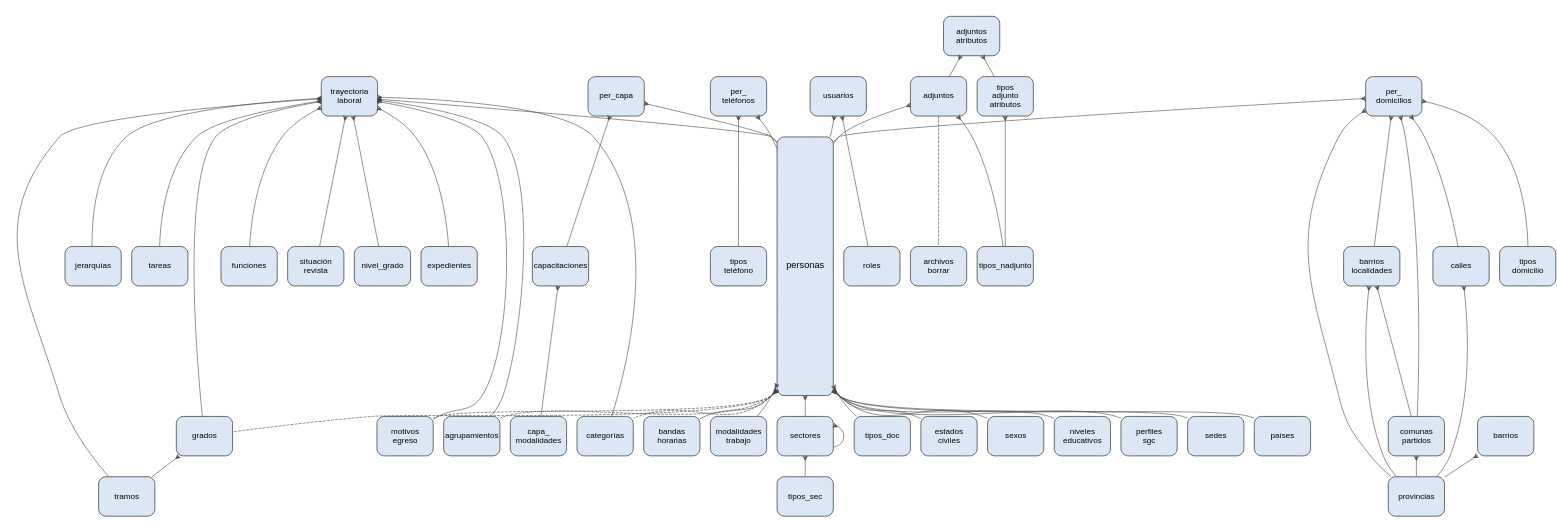
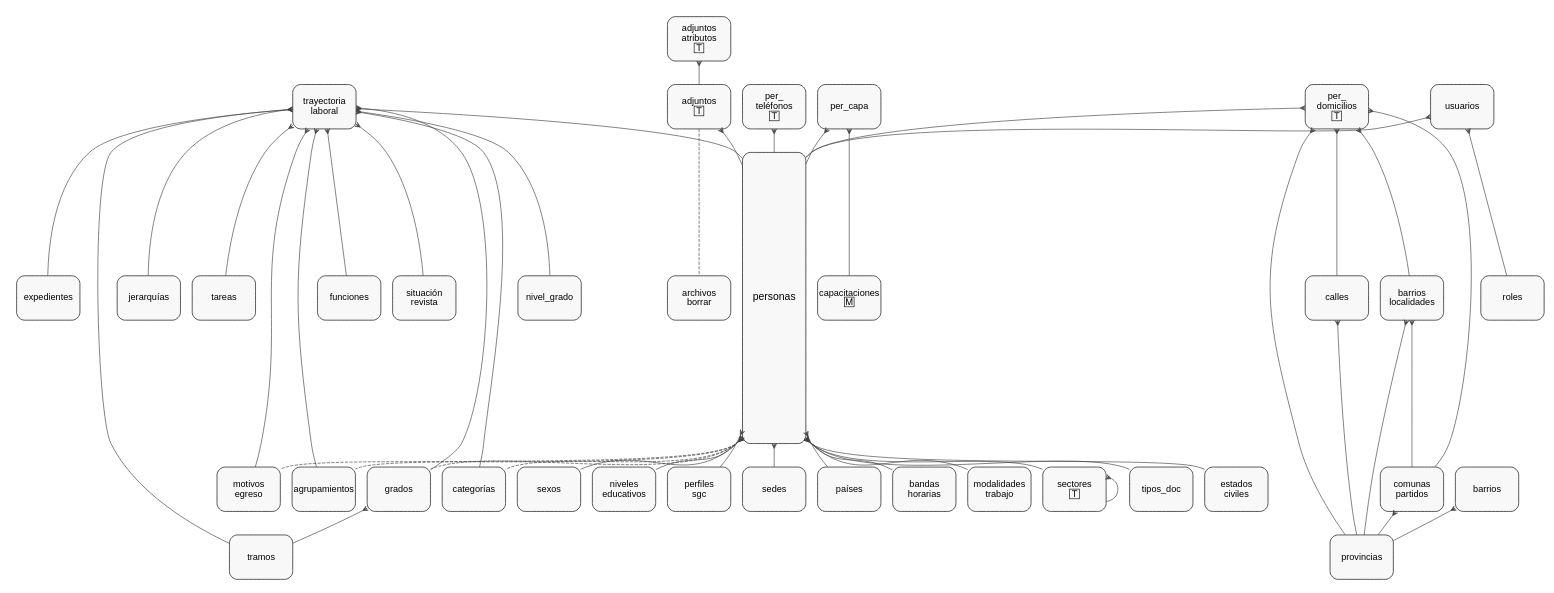
Before and after one commit to codenautas/siper: the diagram in docs/der-personas.dot, drawn with Graphviz. The commit also changed 3 other files, not shown here.

```diff
--- a/docs/der-personas.dot
+++ b/docs/der-personas.dot
@@ -1,110 +1,97 @@
 // DER de SiPer: datos de personas
 // Relaciones: foreignKeys (línea llena) y softForeignKeys (línea de rayas, dashed)
 // Pata de gallo del lado "muchos"; el lado "uno" sin marca.
 // Línea punteada fina (dotted): referencias transitivas (ej FK a año de una tabla que también referencia a fechas).
 // Generar: neato -Tpdf der-personas.dot -o der-personas.pdf   (o -Tsvg / -Tpng)
 
 digraph DER {
   graph [inputscale=0.5714, size="11.7,8.3", splines=true, sep="+4", fontname="Arial"];
-  node  [shape=box, style="rounded,filled", fillcolor="#dbe7f5", fontname="Arial", fontsize=14, width=1.35, height=0.95, fixedsize=true];
+  node  [shape=box, style="rounded,filled", fillcolor="#f8f8f8", fontname="Arial", fontsize=14, width=1.35, height=0.95, fixedsize=true];
   edge  [dir=both, arrowtail=crow, arrowhead=none, color="#444444", arrowsize=0.8];
 
   personas                [pos="5,-3.5!", height=6.20, fontsize=16];
 
   sexos                   [pos="3,-2!"];
-  adjuntos_atributos      [pos="2,-1!", label="adjuntos\natributos"];
-  tipos_adjunto_atributos [pos="1,-1!", label="tipos\nadjunto\natributos"];
-  adjuntos                [pos="2,-2!"];
-  tipos_adjunto           [pos="1,-2!", label="tipos_nadjunto"];
+  adjuntos_atributos      [pos="2,-1!", label="adjuntos\natributos\n🅃"];
+  adjuntos                [pos="2,-2!", label="adjuntos\n🅃"];
   archivos_borrar         [pos="3,-1!", label="archivos\nborrar"];
   niveles_educativos      [pos="4,-2!", label="niveles\neducativos"];
   jerarquias              [pos="6,-2!", label="jerarquías"];
   trayectoria_laboral     [pos="7,-2!", label="trayectoria\nlaboral"];
   tareas                  [pos="8,-2!"];
   per_capa                [pos="3,-3!"];
   agrupamientos           [pos="6,-3!"];
   tramos                  [pos="7,-3!"];
   funciones               [pos="8,-3!"];
-  capa_modalidades        [pos="1,-3!", label="capa_\nmodalidades"];
-  capacitaciones          [pos="2,-3!"];
-  tipos_telefono          [pos="1,-4!", label="tipos\nteléfono"];
-  per_telefonos           [pos="2,-4!", label="per_\nteléfonos"];
+  capacitaciones          [pos="2,-3!", label="capacitaciones\n🄼"];
+  per_telefonos           [pos="2,-4!", label="per_\nteléfonos\n🅃"];
   perfiles_sgc            [pos="4,-4!", label="perfiles\nsgc"];
   grados                  [pos="6,-4!"];
   situacion_revista       [pos="8,-4!", label="situación\nrevista"];
   sedes                   [pos="3,-4!"];
-  per_domicilios          [pos="3,-5!", label="per_\ndomicilios"];
-  tipos_domicilio         [pos="1,-4.99!", label="tipos\ndomicilio"];
+  per_domicilios          [pos="3,-5!", label="per_\ndomicilios\n🅃"];
   calles                  [pos="2,-5!"];
-  barrios_localidades     [pos="3,-6!", label="barrios\nlocalidades"];
+  barrios_localidades     [pos="4,-6!", label="barrios\nlocalidades"];
   comunas_partidos        [pos="4,-5!", label="comunas\npartidos"];
-  barrios                 [pos="1,-6!"];
-  provincias              [pos="2,-6!"];
+  barrios                 [pos="2,-6!"];
+  provincias              [pos="3,-6!"];
   paises                  [pos="4,-1!", label="países"];
   categorias              [pos="5,-1!", label="categorías"];
   motivos_egreso          [pos="6,-1!", label="motivos\negreso"];
   nivel_grado             [pos="7,-1!"];
   expedientes             [pos="8,-1!"];
-  bandas_horarias         [pos="4,-6!", label="bandas\nhorarias"];
+  bandas_horarias         [pos="6,-5!", label="bandas\nhorarias"];
   modalidades_trabajo     [pos="5,-6!", label="modalidades\ntrabajo"];
-  sectores                [pos="7,-5!"];
-  tipos_sec               [pos="8,-5!"];
+  sectores                [pos="8,-5!", label="sectores\n🅃"];
   tipos_doc               [pos="8,-6!"];
   usuarios                [pos="6,-6!"];
   roles                   [pos="7,-6!"];
   estados_civiles         [pos="7,-4!", label="estados\nciviles"];
 
   personas -> sectores ;
   personas -> paises ;
   personas -> sexos ;
   personas -> tipos_doc ;
   personas -> bandas_horarias ;
   personas -> perfiles_sgc ;
   personas -> niveles_educativos ;
   personas -> modalidades_trabajo ;
   personas -> motivos_egreso [style=dashed];
   personas -> categorias [style=dashed];
   personas -> agrupamientos [style=dashed];
   personas -> grados [style=dashed];
   personas -> sedes ;
   personas -> estados_civiles ;
   sectores -> sectores;
-  sectores -> tipos_sec ;
   per_telefonos -> personas ;
-  per_telefonos -> tipos_telefono ;
   per_domicilios -> personas ;
   per_domicilios -> provincias ;
   per_domicilios -> comunas_partidos ;
   per_domicilios -> barrios_localidades ;
   per_domicilios -> calles ;
-  per_domicilios -> tipos_domicilio [tailport=c, headport=c];
   comunas_partidos -> provincias ;
   barrios_localidades -> provincias ;
   barrios_localidades -> comunas_partidos ;
   barrios -> provincias ;
   calles -> provincias ;
   per_capa -> personas ;
   per_capa -> capacitaciones ;
-  capacitaciones -> capa_modalidades ;
-  adjuntos -> tipos_adjunto ;
   adjuntos -> personas ;
   adjuntos -> archivos_borrar [style=dashed, arrowtail=none];
-  adjuntos_atributos -> tipos_adjunto_atributos ;
   adjuntos_atributos -> adjuntos ;
-  tipos_adjunto_atributos -> tipos_adjunto ;
   usuarios -> personas ;
   usuarios -> roles ;
   trayectoria_laboral -> personas ;
   trayectoria_laboral -> situacion_revista ;
   trayectoria_laboral -> expedientes ;
   trayectoria_laboral -> funciones ;
   trayectoria_laboral -> jerarquias ;
   trayectoria_laboral -> nivel_grado ;
   trayectoria_laboral -> tareas ;
   trayectoria_laboral -> motivos_egreso ;
   trayectoria_laboral -> agrupamientos ;
   trayectoria_laboral -> tramos ;
   trayectoria_laboral -> grados ;
   trayectoria_laboral -> categorias ;
   grados -> tramos ;
 }
```
